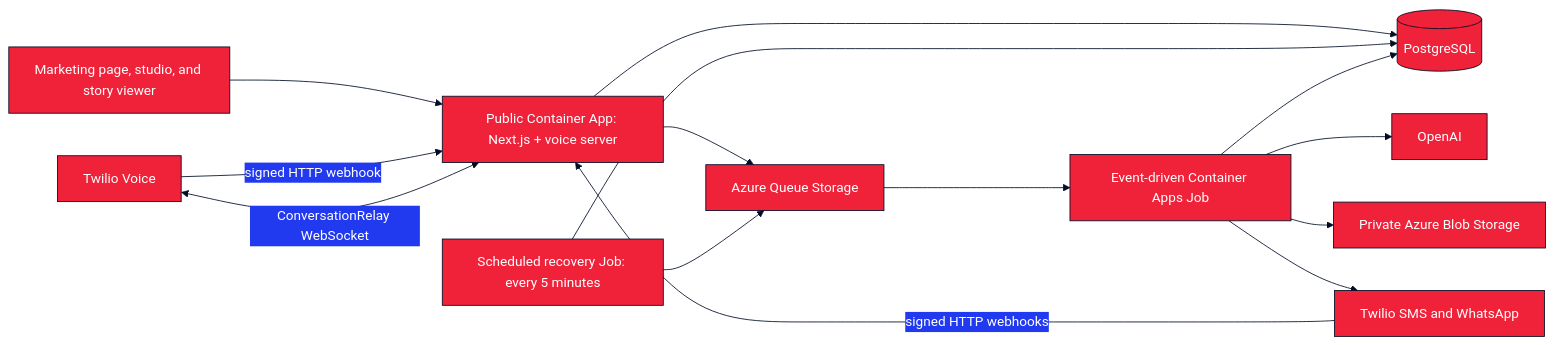
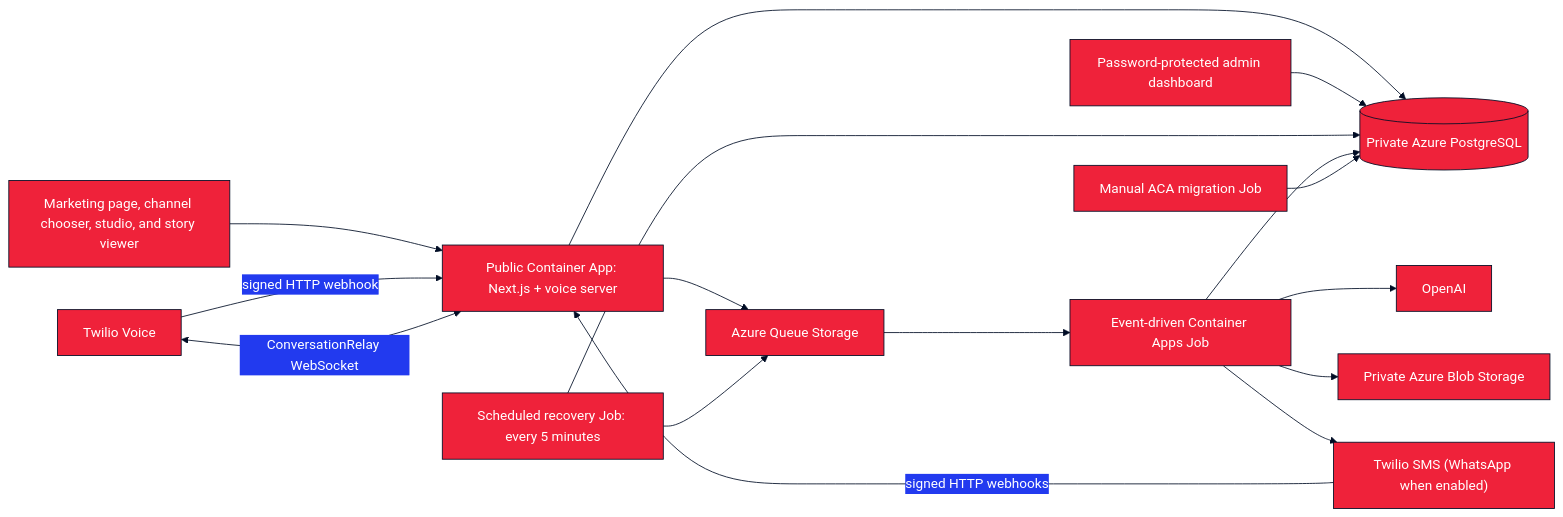
The diagram in README.md (anthonyplusAI/twilio-comics), drawn with Mermaid before and after one commit. The commit also changed other lines of this file and 127 other files, not shown here.

Commit message:
feat: add SMS and Voice comic flows with Azure PostgreSQL

````diff
--- a/README.md
+++ b/README.md
@@ -11,20 +11,22 @@
 ```mermaid
 %%{init: {'theme':'base','themeVariables':{
   'primaryColor':'#EF223A','primaryTextColor':'#FFFFFF',
   'primaryBorderColor':'#000D25','lineColor':'#000D25',
   'fontFamily':'Inter, system-ui, sans-serif'}}}%%
 flowchart LR
-  Web[Marketing page, studio, and story viewer] --> App[Public Container App: Next.js + voice server]
-  Text[Twilio SMS and WhatsApp] -->|signed HTTP webhooks| App
+  Web[Marketing page, channel chooser, studio, and story viewer] --> App[Public Container App: Next.js + voice server]
+  Text["Twilio SMS (WhatsApp when enabled)"] -->|signed HTTP webhooks| App
   Voice[Twilio Voice] -->|signed HTTP webhook| App
   Voice <-->|ConversationRelay WebSocket| App
-  App --> DB[(PostgreSQL)]
+  App --> DB[(Private Azure PostgreSQL)]
+  Admin[Password-protected admin dashboard] --> DB
   App --> Queue[Azure Queue Storage]
   Queue --> Job[Event-driven Container Apps Job]
   Recovery[Scheduled recovery Job: every 5 minutes] --> DB
   Recovery --> Queue
   Job --> OpenAI[OpenAI]
   Job --> Blob[Private Azure Blob Storage]
   Job --> DB
+  Migration[Manual ACA migration Job] --> DB
   Job --> Text
 ```
````
